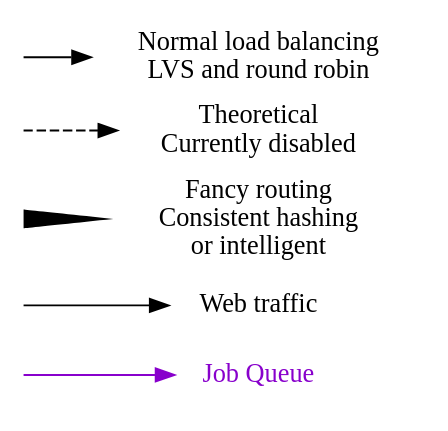
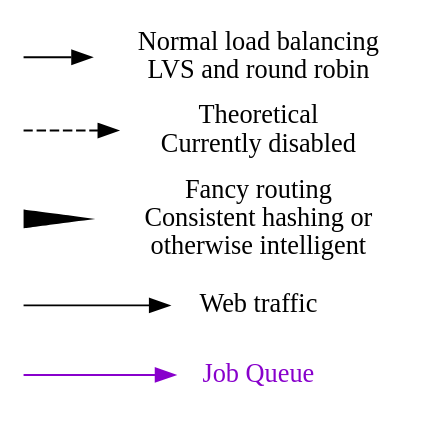
Before and after one commit to nik9000/wikimedia_diagram: the diagram in key.dot, drawn with Graphviz. The commit also changed 1 other file, not shown here.

```diff
--- a/key.dot
+++ b/key.dot
@@ -1,20 +1,20 @@
 digraph key {
   nodesep=0.01;
   rankdir="LR";
   node [style=invis, shape=none, fixedsize=true, width=0, label=""];
 
   job_color_from -> job_color [color="#8800cc"];
   job_color [style=solid, fixedsize=false, label="Job Queue", fontcolor="#8800cc"]
 
   web_color_from -> web_color;
   web_color [style=solid, fixedsize=false, label="Web traffic"]
 
   fancy_from -> fancy [style=tapered, penwidth=10, arrowhead=none];
-  fancy [style=solid, fixedsize=false, label="Fancy routing\nConsistent hashing\nor intelligent"]
+  fancy [style=solid, fixedsize=false, label="Fancy routing\nConsistent hashing or\notherwise intelligent"]
 
   disabled_from -> disabled [style=dashed];
   disabled [style=solid, fixedsize=false, label="Theoretical\nCurrently disabled"]
 
   noraml_from -> normal;
   normal [style=solid, fixedsize=false, label="Normal load balancing\nLVS and round robin"]
 }
```
